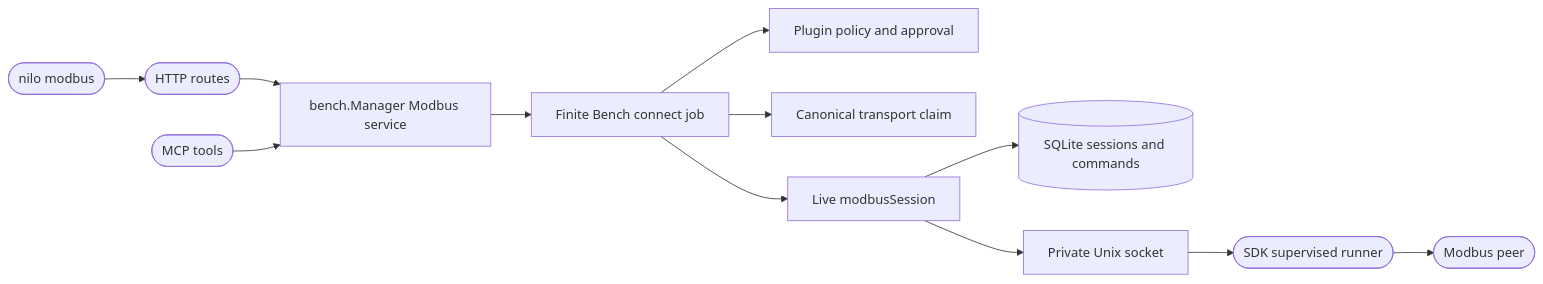
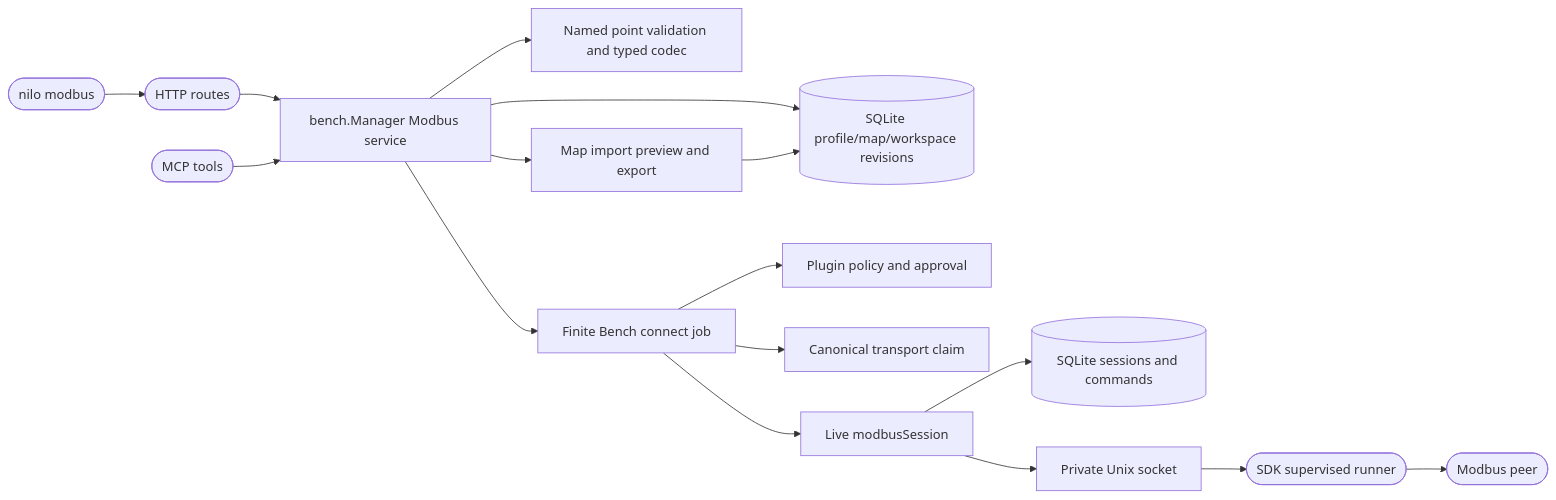
One commit to DDP-Engineering/2026_Networked_Intelligent_Lab_Orchestrator changed the first of 2 diagrams in .agentic/knowledge/modbus-integration.md. Above: the diagram before and after it, drawn with Mermaid. The commit also changed other lines of this file and 36 other files, not shown here.

````diff
--- a/.agentic/knowledge/modbus-integration.md
+++ b/.agentic/knowledge/modbus-integration.md
@@ -161,14 +180,18 @@
 ```mermaid
 flowchart LR
   HTTP([HTTP routes]) --> M[bench.Manager Modbus service]
   CLI([nilo modbus]) --> HTTP
   MCP([MCP tools]) --> M
+  M --> V[Named point validation and typed codec]
+  M --> I[Map import preview and export]
+  M --> H[(SQLite profile/map/workspace revisions)]
+  I --> H
   M --> J[Finite Bench connect job]
   J --> P[Plugin policy and approval]
   J --> L[Canonical transport claim]
   J --> S[Live modbusSession]
   S --> D[(SQLite sessions and commands)]
   S --> R[Private Unix socket]
   R --> W([SDK supervised runner])
   W --> Peer([Modbus peer])
 ```
````
